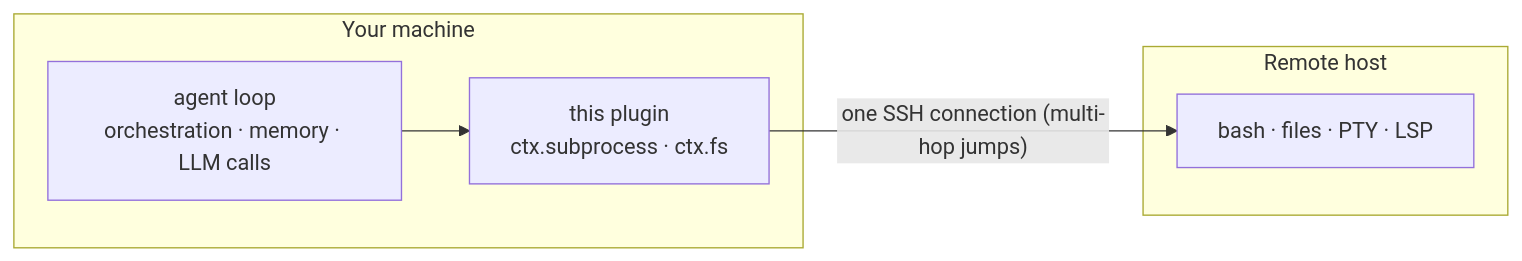
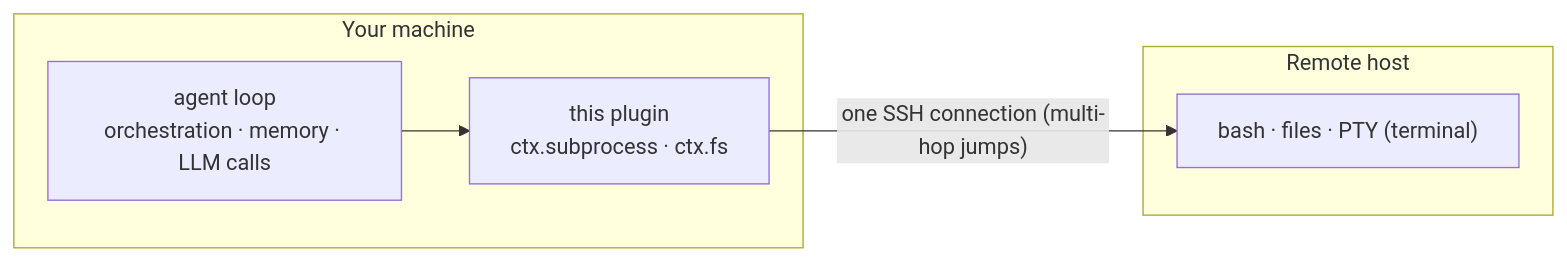
Before and after one commit to DobyChao/dsh-workspace-enhancement: the diagram in README.md, drawn with Mermaid. The commit also changed other lines of this file and 5 other files, not shown here.

Commit message:
docs: drop the unimplemented LSP claim (README/CHANGELOG); sync lock to 0.1.0; ignore *.tgz; roadmap test count

````diff
--- a/README.md
+++ b/README.md
@@ -21,10 +21,10 @@
 ```mermaid
 flowchart LR
     subgraph local["Your machine"]
         agent["agent loop<br/>orchestration · memory · LLM calls"] --> seam["this plugin<br/>ctx.subprocess · ctx.fs"]
     end
     subgraph remote["Remote host"]
-        run["bash · files · PTY · LSP"]
+        run["bash · files · PTY (terminal)"]
     end
     seam -- "one SSH connection (multi-hop jumps)" --> run
 ```
````
